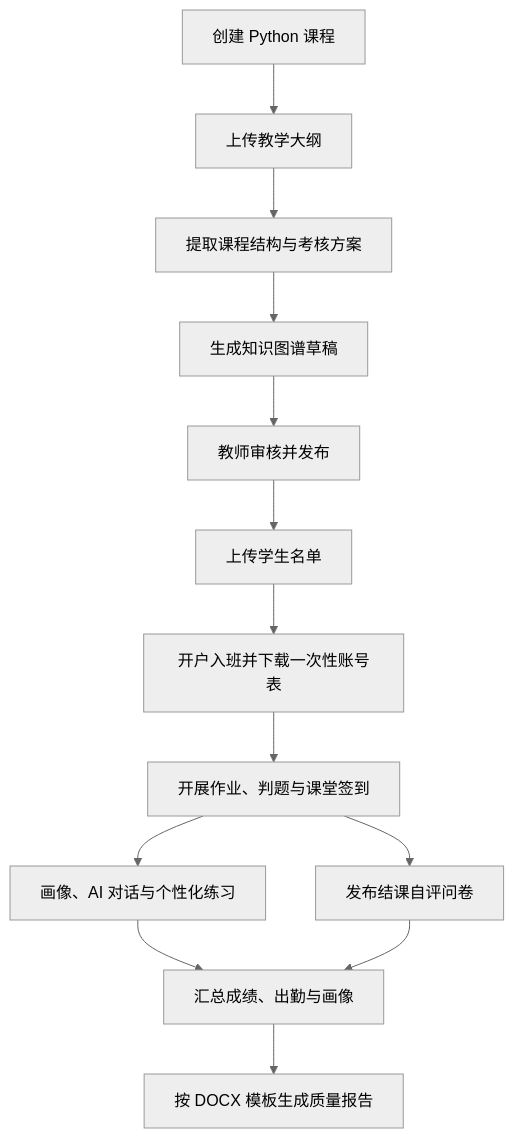
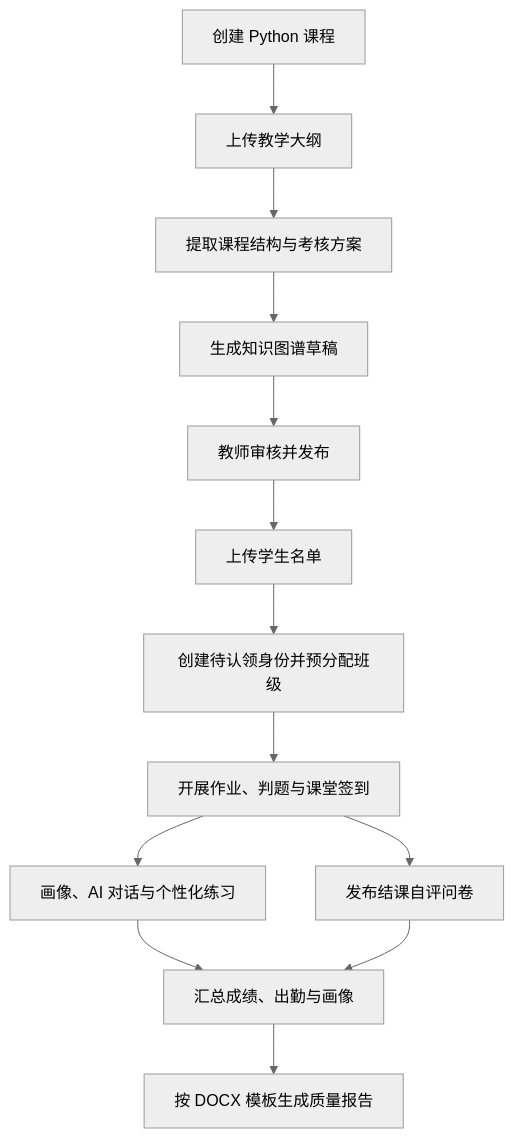
One commit to 3294575304/Smart_learning_System changed the diagram in 项目计划书.md. Above: the diagram before and after it, drawn with Mermaid (neutral theme). The commit also changed other lines of this file and 13 other files, not shown here.

````diff
--- a/项目计划书.md
+++ b/项目计划书.md
@@ -154,15 +154,15 @@
 ```mermaid
 flowchart TD
     A["创建 Python 课程"] --> B["上传教学大纲"]
     B --> C["提取课程结构与考核方案"]
     C --> D["生成知识图谱草稿"]
     D --> E["教师审核并发布"]
     E --> F["上传学生名单"]
-    F --> G["开户入班并下载一次性账号表"]
+    F --> G["创建待认领身份并预分配班级"]
     G --> H["开展作业、判题与课堂签到"]
     H --> I["画像、AI 对话与个性化练习"]
     H --> J["发布结课自评问卷"]
     I --> K["汇总成绩、出勤与画像"]
     J --> K
     K --> L["按 DOCX 模板生成质量报告"]
 ```
````
